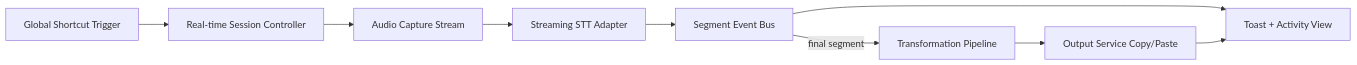
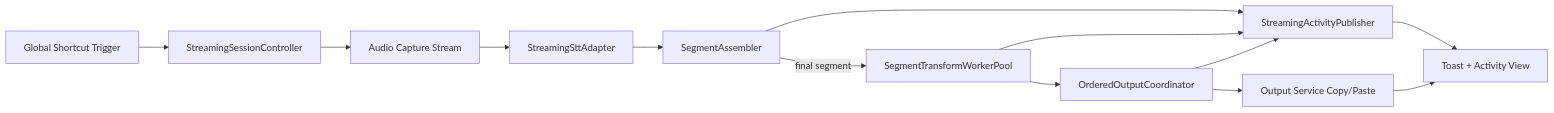
One commit to massun-onibakuchi/speech-to-text-app changed the seventh of 8 diagrams in specs/v1-spec.md. Above: the diagram before and after it, drawn with Mermaid. The commit also changed other lines of this file, not shown here.

Commit message:
docs: refine future streaming architecture flow and data model

````diff
--- a/specs/v1-spec.md
+++ b/specs/v1-spec.md
@@ -510,11 +588,15 @@
 ```mermaid
 flowchart LR
-  U[Global Shortcut Trigger] --> RS[Real-time Session Controller]
+  U[Global Shortcut Trigger] --> RS[StreamingSessionController]
   RS --> CAP[Audio Capture Stream]
-  CAP --> STT[Streaming STT Adapter]
-  STT --> EVT[Segment Event Bus]
-  EVT -->|final segment| TP[Transformation Pipeline]
-  TP --> OUT[Output Service Copy/Paste]
-  EVT --> UI[Toast + Activity View]
+  CAP --> STT[StreamingSttAdapter]
+  STT --> ASM[SegmentAssembler]
+  ASM -->|final segment| W[SegmentTransformWorkerPool]
+  W --> ORD[OrderedOutputCoordinator]
+  ORD --> OUT[Output Service Copy/Paste]
+  ASM --> PUB[StreamingActivityPublisher]
+  W --> PUB
+  ORD --> PUB
+  PUB --> UI[Toast + Activity View]
   OUT --> UI
 ```
````
